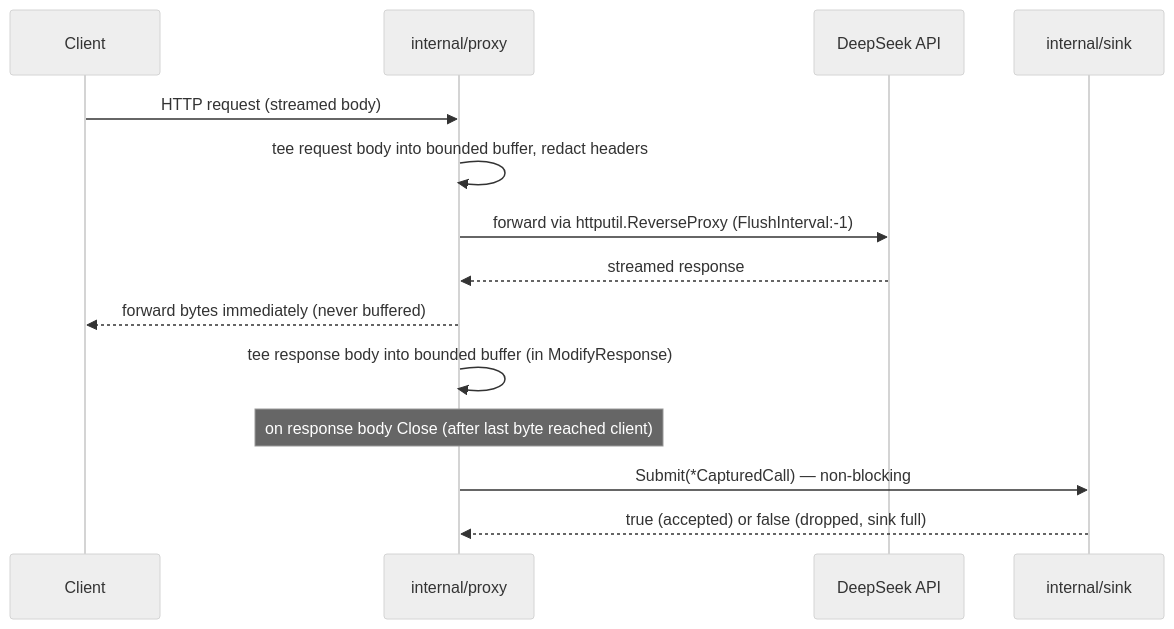
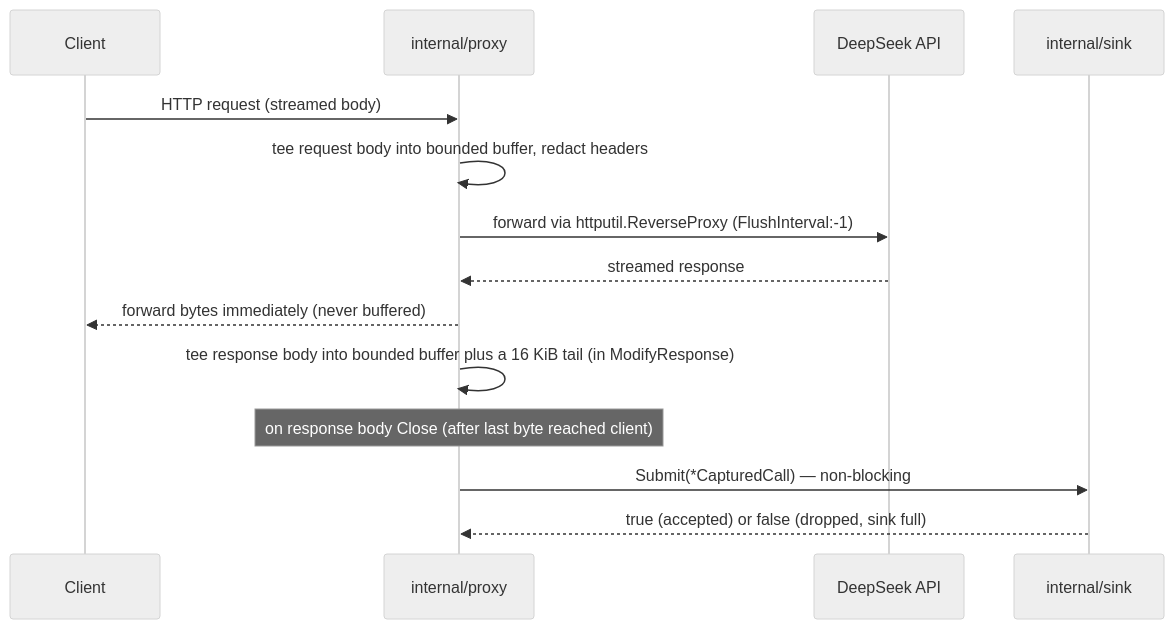
One commit to abhisheksarkar30/deepseek-lens changed the first of 3 diagrams in docs/context/workflows.md. Above: the diagram before and after it, drawn with Mermaid (neutral theme). The commit also changed other lines of this file and 8 other files, not shown here.

````diff
--- a/docs/context/workflows.md
+++ b/docs/context/workflows.md
@@ -10,16 +10,16 @@
 ```mermaid
 sequenceDiagram
     participant C as Client
     participant P as internal/proxy
     participant U as DeepSeek API
     participant Sk as internal/sink
     C->>P: HTTP request (streamed body)
     P->>P: tee request body into bounded buffer, redact headers
     P->>U: forward via httputil.ReverseProxy (FlushInterval:-1)
     U-->>P: streamed response
     P-->>C: forward bytes immediately (never buffered)
-    P->>P: tee response body into bounded buffer (in ModifyResponse)
+    P->>P: tee response body into bounded buffer plus a 16 KiB tail (in ModifyResponse)
     Note over P: on response body Close (after last byte reached client)
     P->>Sk: Submit(*CapturedCall) — non-blocking
     Sk-->>P: true (accepted) or false (dropped, sink full)
 ```
````
